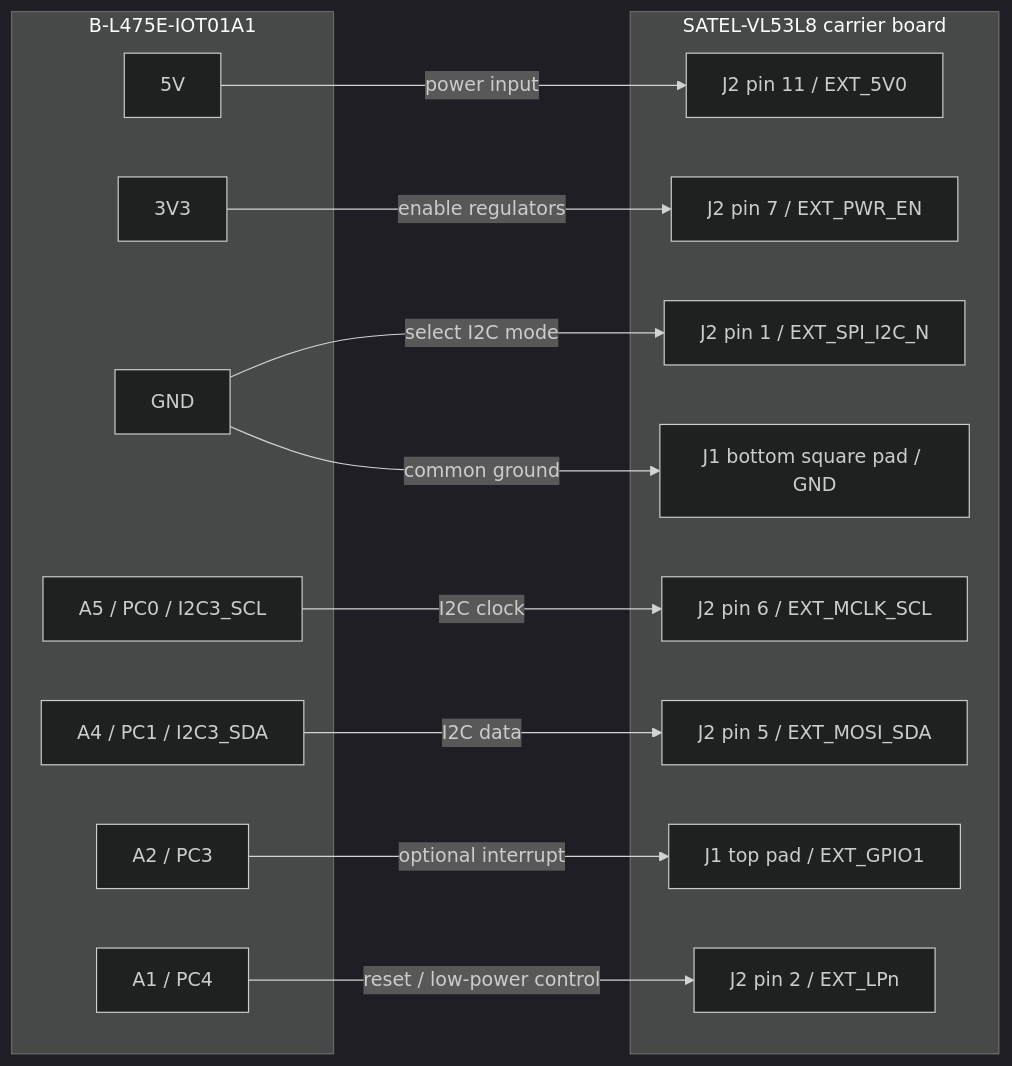
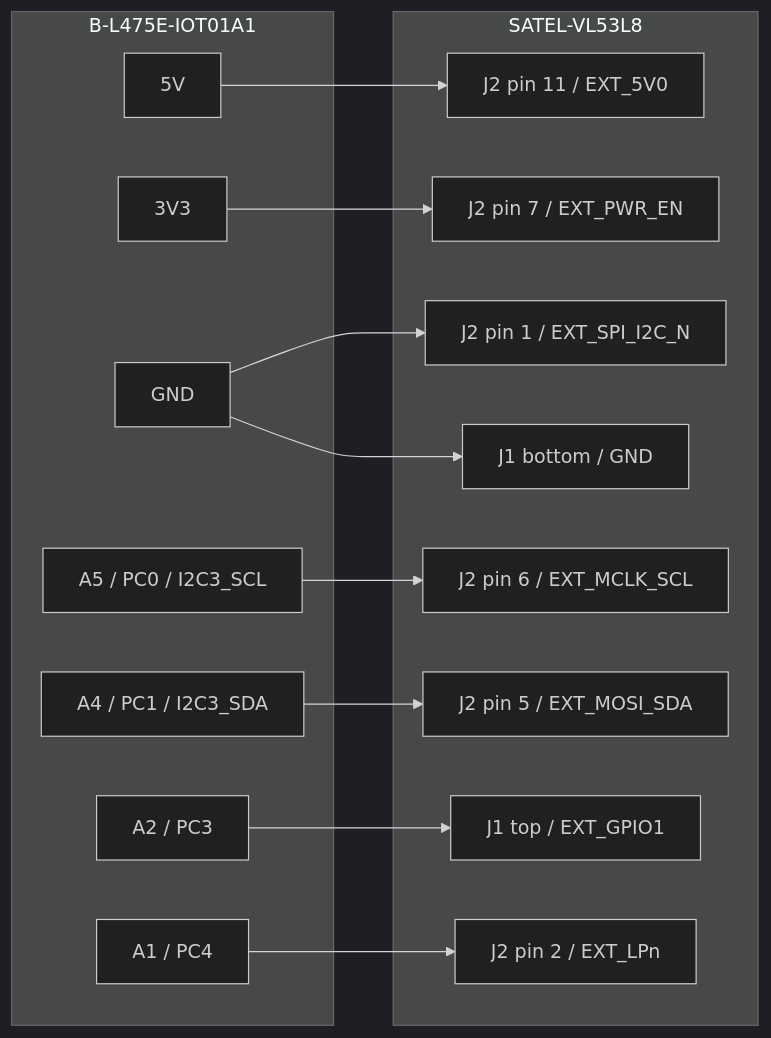
Before and after one commit to JuneJulyAugust/openotter: the first of 2 diagrams in firmware/stm32-mcp/docs/dev/10-vl53l8-satel-bringup.md, drawn with Mermaid (dark theme). The commit also changed other lines of this file, not shown here.

Commit message:
Docs: Reorganize VL53L8 SATEL bring-up

````diff
--- a/firmware/stm32-mcp/docs/dev/10-vl53l8-satel-bringup.md
+++ b/firmware/stm32-mcp/docs/dev/10-vl53l8-satel-bringup.md
@@ -189,32 +180,32 @@
 ```mermaid
 flowchart LR
     subgraph IOT["B-L475E-IOT01A1"]
         I5V["5V"]
         I3V3["3V3"]
         IGND["GND"]
         IA5["A5 / PC0 / I2C3_SCL"]
         IA4["A4 / PC1 / I2C3_SDA"]
         IA2["A2 / PC3"]
         IA1["A1 / PC4"]
     end
 
-    subgraph SATEL["SATEL-VL53L8 carrier board"]
+    subgraph SATEL["SATEL-VL53L8"]
         P11["J2 pin 11 / EXT_5V0"]
         P1["J2 pin 1 / EXT_SPI_I2C_N"]
         P7["J2 pin 7 / EXT_PWR_EN"]
         P6["J2 pin 6 / EXT_MCLK_SCL"]
         P5["J2 pin 5 / EXT_MOSI_SDA"]
         P2["J2 pin 2 / EXT_LPn"]
-        J1TOP["J1 top pad / EXT_GPIO1"]
-        J1GND["J1 bottom square pad / GND"]
+        J1TOP["J1 top / EXT_GPIO1"]
+        J1GND["J1 bottom / GND"]
     end
 
-    I5V -->|"power input"| P11
-    IGND -->|"select I2C mode"| P1
-    I3V3 -->|"enable regulators"| P7
-    IA5 -->|"I2C clock"| P6
-    IA4 -->|"I2C data"| P5
-    IA1 -->|"reset / low-power control"| P2
-    IA2 -->|"optional interrupt"| J1TOP
-    IGND -->|"common ground"| J1GND
+    I5V --> P11
+    I3V3 --> P7
+    IGND --> P1
+    IA5 --> P6
+    IA4 --> P5
+    IA1 --> P2
+    IA2 --> J1TOP
+    IGND --> J1GND
 ```
````
